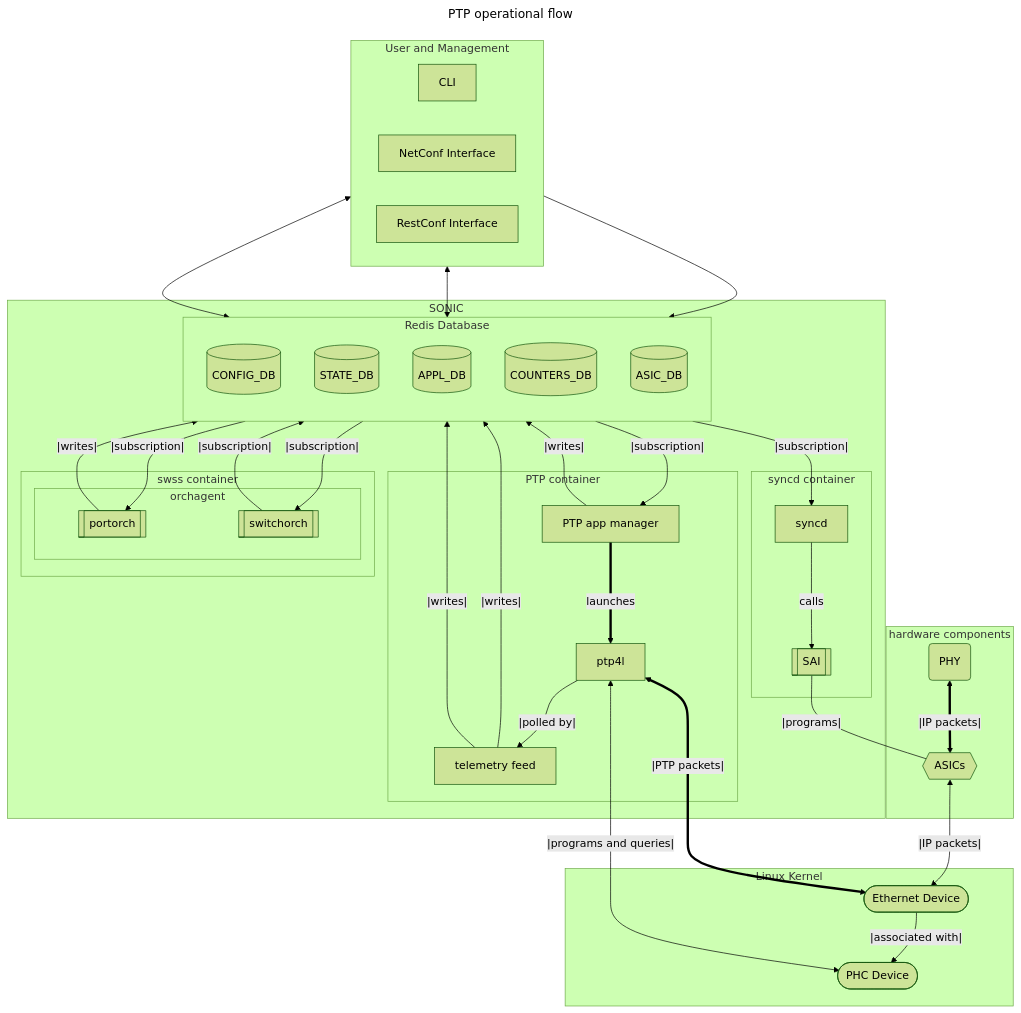
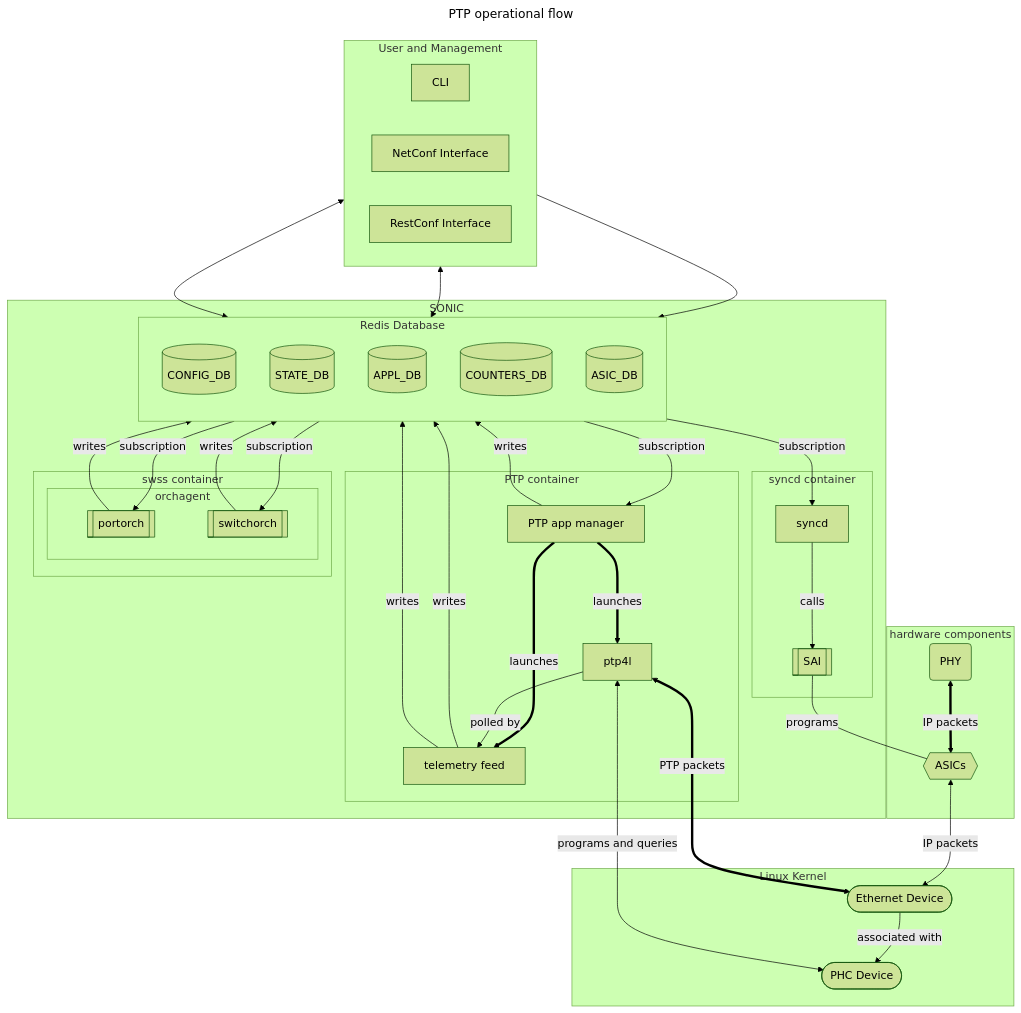
Before and after one commit to mgeng-nokia/SONiC: the diagram in doc/ptp/ptp-hld.md, drawn with Mermaid (forest theme).

Commit message:
mermaid trial and error 3

````diff
--- a/doc/ptp/ptp-hld.md
+++ b/doc/ptp/ptp-hld.md
@@ -97,74 +97,75 @@
 ```mermaid
 ---
 title: PTP operational flow
 ---
   flowchart TB
     subgraph input [User and Management]
       cli[CLI]
       netconf[NetConf Interface]
       restconf[RestConf Interface]
     end
 
     subgraph SONIC
       subgraph redis [Redis Database]
         direction TB
         config_db[(CONFIG_DB)]
         state_db[(STATE_DB)]
         appl_db[(APPL_DB)]
         counter_db[(COUNTERS_DB)]
         asic_db[(ASIC_DB)]
       end
 
       subgraph ptp [PTP container]
         appcfg[PTP app manager]
         ptp4l[ptp4l]
         telemetry_[telemetry feed]
 
         appcfg== launches ==>ptp4l
-        ptp4l-- |polled by| -->telemetry_
+        appcfg== launches ==>telemetry_
+        ptp4l-- polled by -->telemetry_
       end
 
       subgraph syncd container
         syncd[syncd]
         sai[[SAI]]
 
         syncd-- calls -->sai
       end
 
       subgraph swss_service [swss container]
         subgraph orchagent
           portorch[[portorch]]
           switchorch[[switchorch]]
         end
       end
     end
 
     subgraph kernel [Linux Kernel]
       eth_dev([Ethernet Device])
       phc_dev([PHC Device])
-      eth_dev-- |associated with| -->phc_dev
+      eth_dev-- associated with -->phc_dev
     end
 
     subgraph hardware [hardware components]
       phy(PHY)
       asic_dev{{ASICs}}
-      phy<== |IP packets| ==>asic_dev
+      phy<== IP packets ==>asic_dev
     end
 
-    config_db-- |subscription| -->appcfg
-    appcfg-- |writes| -->appl_db
-    appl_db-- |subscription| -->portorch
-    appl_db-- |subscription| -->switchorch
-    portorch-- |writes| -->asic_db
-    switchorch-- |subscription| -->asic_db
-    asic_db-- |subscription| -->syncd
-    sai-- |programs| ---asic_dev
-    asic_dev<-- |IP packets| -->eth_dev
+    config_db-- subscription -->appcfg
+    appcfg-- writes -->appl_db
+    appl_db-- subscription -->portorch
+    appl_db-- subscription -->switchorch
+    portorch-- writes -->asic_db
+    switchorch-- writes -->asic_db
+    asic_db-- subscription -->syncd
+    sai-- programs ---asic_dev
+    asic_dev<-- IP packets -->eth_dev
     input-->config_db
     input<-->state_db
     input<-->counter_db
-    telemetry_-- |writes| -->state_db
-    telemetry_-- |writes| -->counter_db
-    ptp4l<== |PTP packets| ==>eth_dev
-    ptp4l<-- |programs and queries| -->phc_dev
+    telemetry_-- writes -->state_db
+    telemetry_-- writes -->counter_db
+    ptp4l<== PTP packets ==>eth_dev
+    ptp4l<-- programs and queries -->phc_dev
 ```
````
